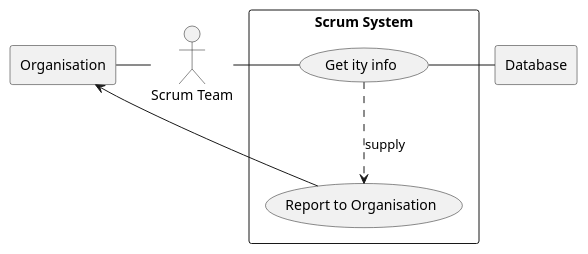
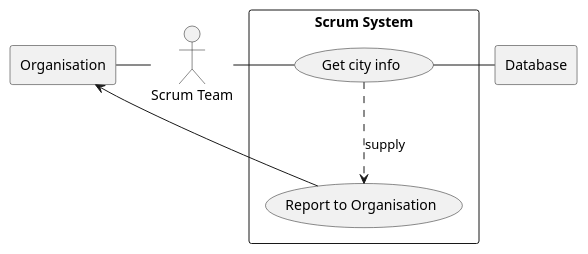
One commit to Sebastian-Reid/Group-9 changed the diagram in use-cases/UseCaseDiagram2.puml. Above: the diagram before and after it, drawn with PlantUML.

Commit message:
Use Case Diagrams correction

```diff
--- a/use-cases/UseCaseDiagram2.puml
+++ b/use-cases/UseCaseDiagram2.puml
@@ -1,21 +1,21 @@
 @startuml
 
 rectangle Organisation
 actor ST as "Scrum Team"
 
 rectangle Database
 
 
 rectangle "Scrum System" {
-    usecase UC1 as "Get ity info"
+    usecase UC1 as "Get city info"
 
     usecase UCa as "Report to Organisation"
 
     Organisation - ST
     ST - UC1
     UC1 ..> UCa : supply
     UC1 - Database
     Organisation <- UCa
 }
 
 @enduml
```
